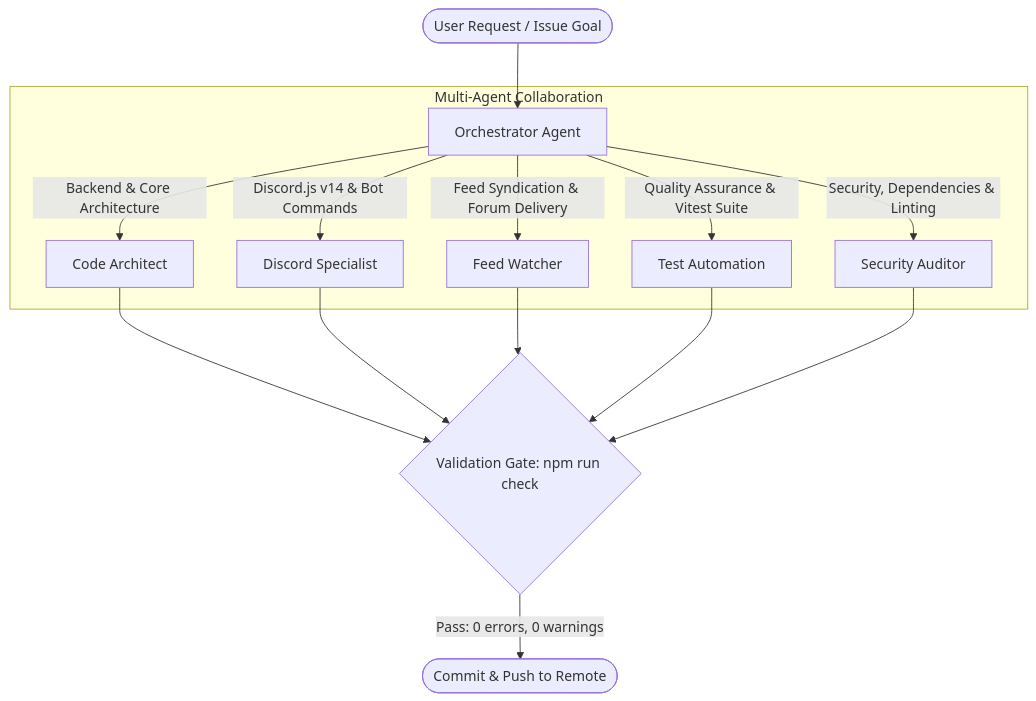
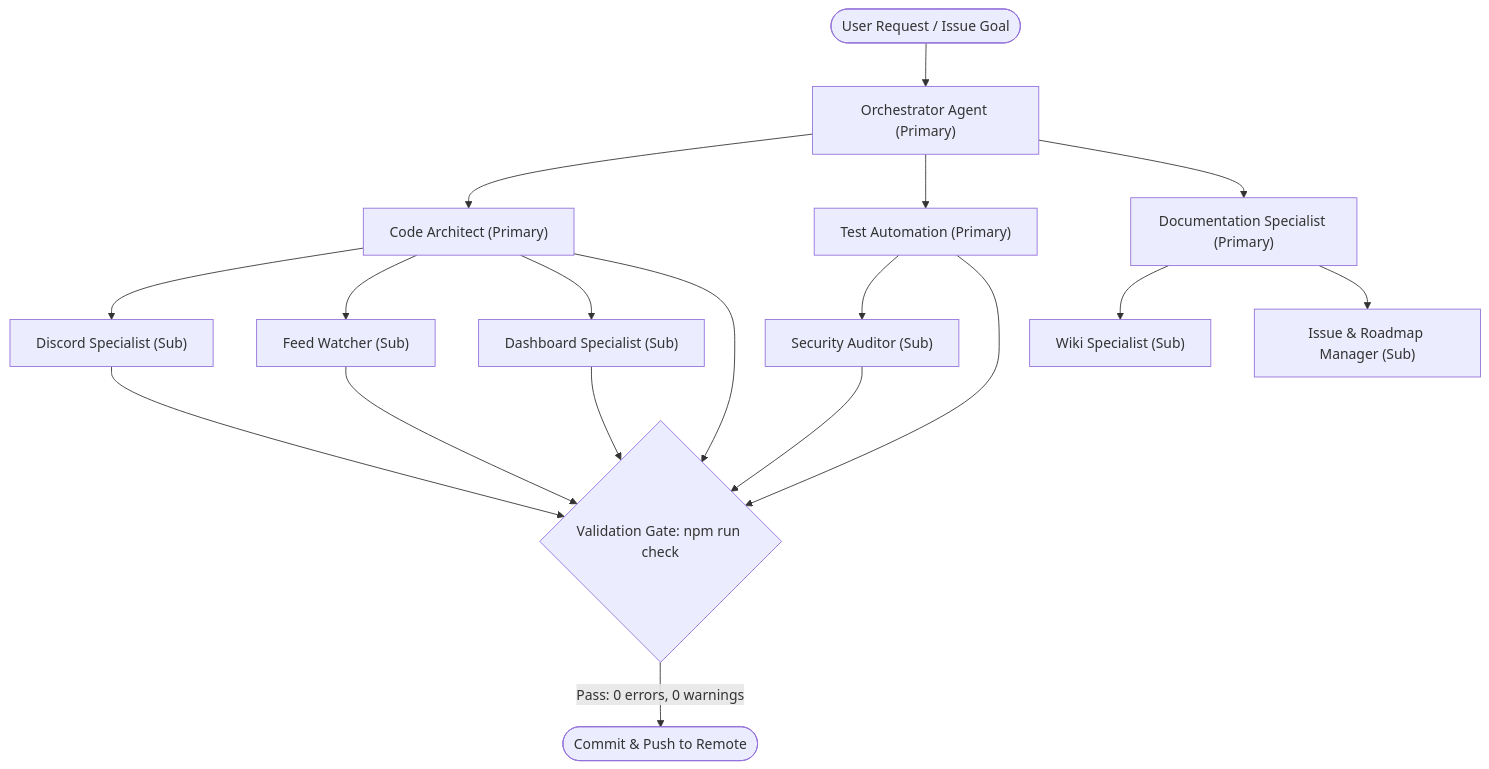
The diagram in .agents/README.md (HELIX-Origin/HELIX-Discord-Bot), drawn with Mermaid before and after one commit. The commit also changed other lines of this file and 17 other files, not shown here.

Commit message:
📝 docs(agents): restructure agent ecosystem into primary agents with sub-agents

````diff
--- a/.agents/README.md
+++ b/.agents/README.md
@@ -23,20 +23,24 @@
 ```mermaid
 flowchart TD
-    UserGoal([User Request / Issue Goal]) --> Orchestrator[Orchestrator Agent]
-    
-    subgraph MultiAgentTeam [Multi-Agent Collaboration]
-        Orchestrator -->|Backend & Core Architecture| Architect[Code Architect]
-        Orchestrator -->|Discord.js v14 & Bot Commands| DiscordSpec[Discord Specialist]
-        Orchestrator -->|Feed Syndication & Forum Delivery| FeedWatch[Feed Watcher]
-        Orchestrator -->|Quality Assurance & Vitest Suite| Tester[Test Automation]
-        Orchestrator -->|Security, Dependencies & Linting| Auditor[Security Auditor]
-    end
-    
-    Architect --> VerifyGate{Validation Gate: npm run check}
-    DiscordSpec --> VerifyGate
+    UserGoal(["User Request / Issue Goal"]) --> Orchestrator["Orchestrator Agent (Primary)"]
+
+    Orchestrator --> Engineering["Code Architect (Primary)"]
+    Orchestrator --> Quality["Test Automation (Primary)"]
+    Orchestrator --> Documentation["Documentation Specialist (Primary)"]
+
+    Engineering --> DiscordSer["Discord Specialist (Sub)"]
+    Engineering --> FeedWatch["Feed Watcher (Sub)"]
+    Engineering --> DashboardSer["Dashboard Specialist (Sub)"]
+    Quality --> Auditor["Security Auditor (Sub)"]
+    Documentation --> WikiSer["Wiki Specialist (Sub)"]
+    Documentation --> IssueMgr["Issue & Roadmap Manager (Sub)"]
+
+    Engineering --> VerifyGate{"Validation Gate: npm run check"}
+    Quality --> VerifyGate
+    DiscordSer --> VerifyGate
     FeedWatch --> VerifyGate
-    Tester --> VerifyGate
+    DashboardSer --> VerifyGate
     Auditor --> VerifyGate
-    
-    VerifyGate -->|Pass: 0 errors, 0 warnings| Done([Commit & Push to Remote])
+
+    VerifyGate -->|"Pass: 0 errors, 0 warnings"| Done(["Commit & Push to Remote"])
 ```
````
